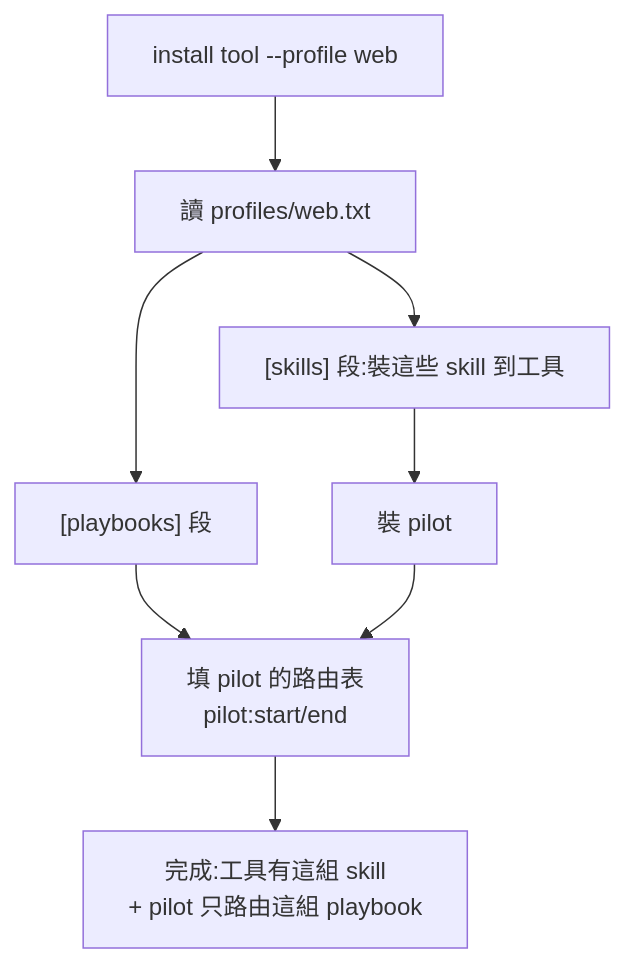
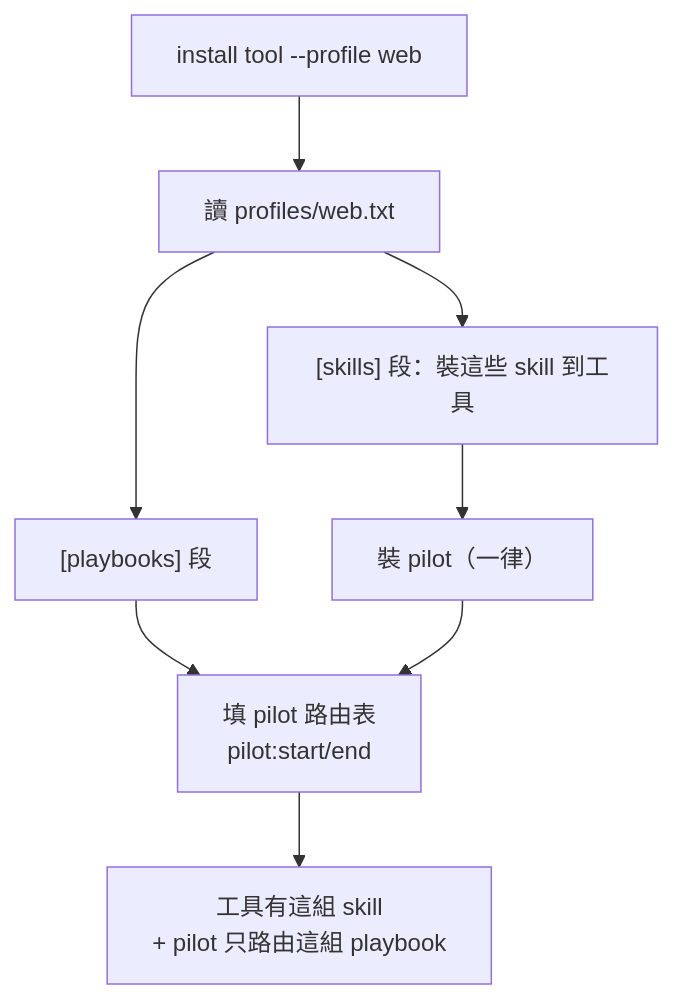
Before and after one commit to richardkuo1999/agent_skill_kit: the fourth of 4 diagrams in docs/playbook-and-setup-wizard-design.md, drawn with Mermaid. The commit also changed other lines of this file, not shown here.

````diff
--- a/docs/playbook-and-setup-wizard-design.md
+++ b/docs/playbook-and-setup-wizard-design.md
@@ -316,10 +203,10 @@
 ```mermaid
 flowchart TD
-    I["install tool --profile web"] --> R[讀 profiles/web.txt]
-    R --> S["[skills] 段:裝這些 skill 到工具"]
+    I["install tool --profile web"] --> R["讀 profiles/web.txt"]
+    R --> S["[skills] 段：裝這些 skill 到工具"]
     R --> P["[playbooks] 段"]
-    S --> PILOT[裝 pilot]
-    P --> FILL[填 pilot 的路由表<br/>pilot:start/end]
+    S --> PILOT["裝 pilot（一律）"]
+    P --> FILL["填 pilot 路由表<br/>pilot:start/end"]
     PILOT --> FILL
-    FILL --> DONE[完成:工具有這組 skill<br/>+ pilot 只路由這組 playbook]
+    FILL --> DONE["工具有這組 skill<br/>+ pilot 只路由這組 playbook"]
 ```
````
